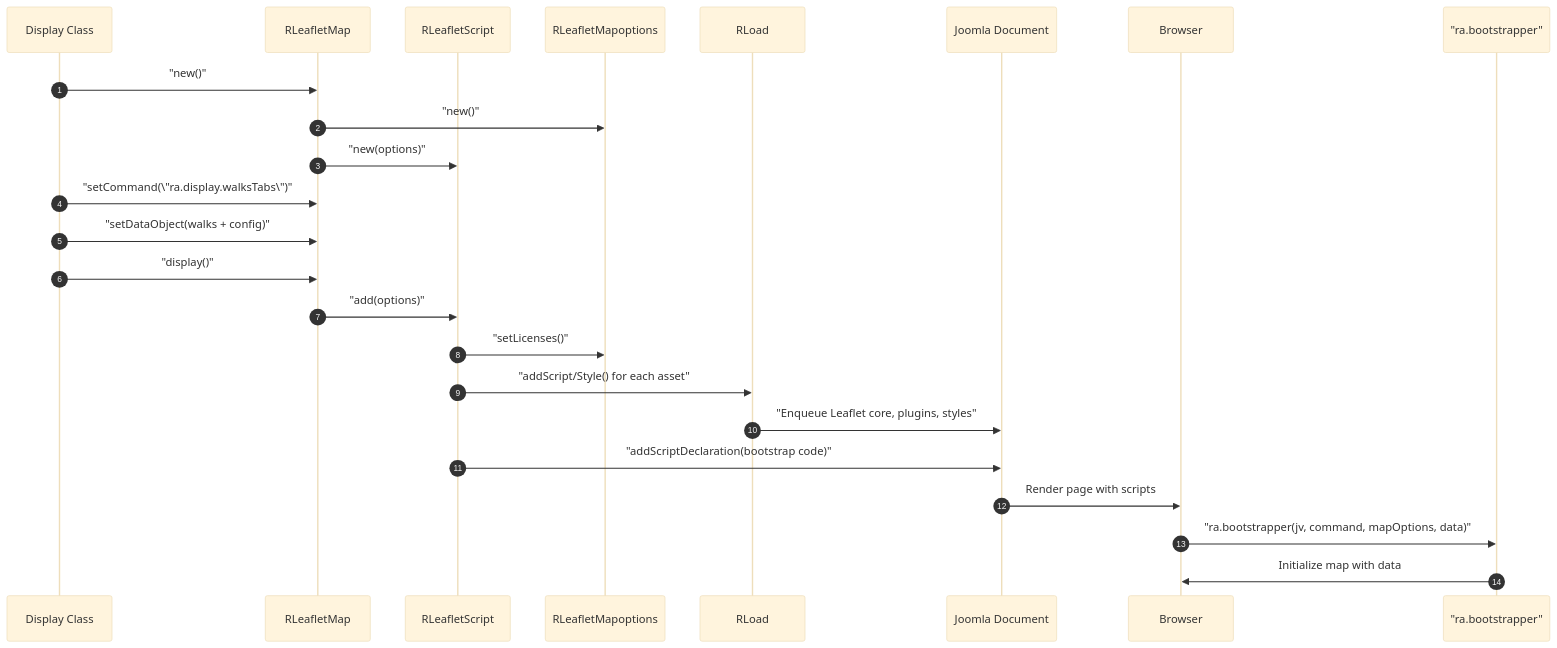
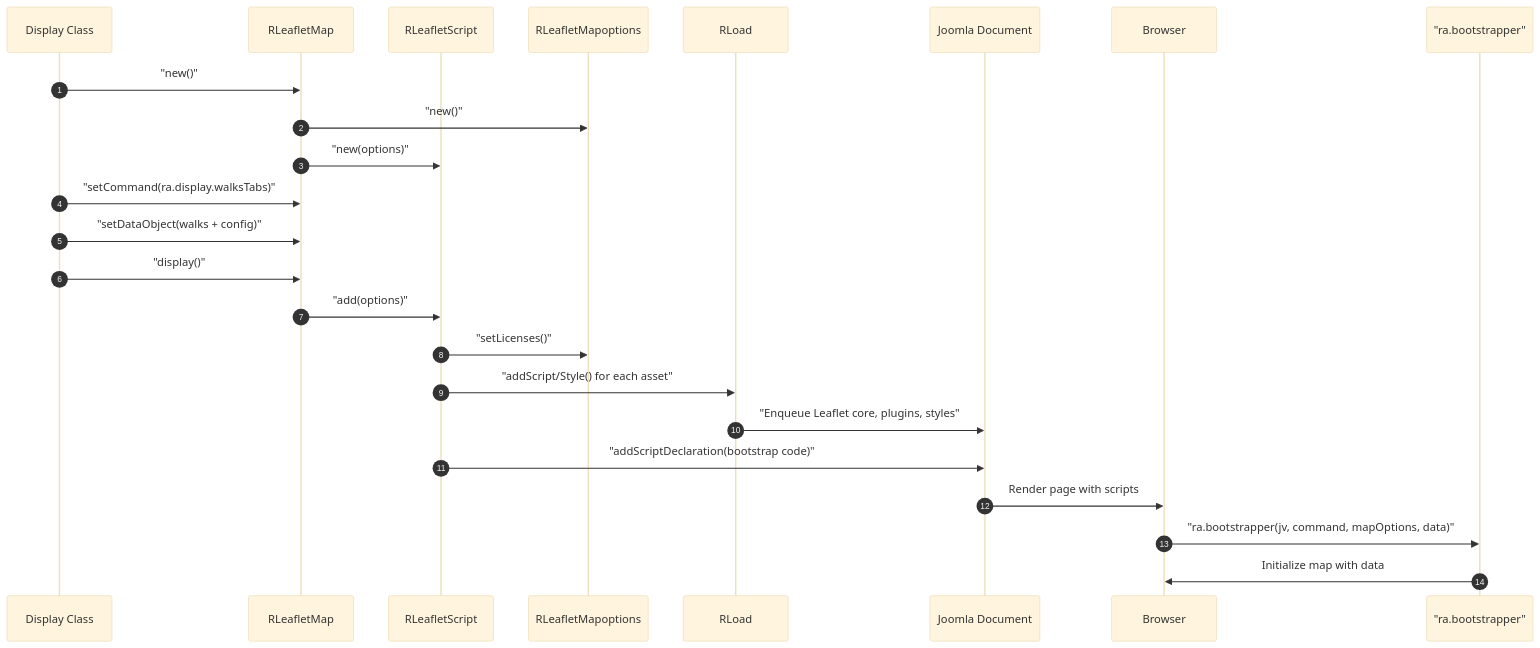
The second of 4 diagrams in leaflet/HLD.md (pauljrhodes/ramblers-library), drawn with Mermaid (base theme) before and after one commit. The commit also changed other lines of this file and 32 other files, not shown here.

Commit message:
Fix Mermaid diagrams for GitHub rendering

````diff
--- a/leaflet/HLD.md
+++ b/leaflet/HLD.md
@@ -221,27 +221,27 @@
 ```mermaid
 sequenceDiagram
     autonumber
     participant Display as Display Class
     participant Map as RLeafletMap
     participant Script as RLeafletScript
     participant Options as RLeafletMapoptions
     participant Load as RLoad
     participant Doc as Joomla Document
     participant Browser as Browser
     participant Bootstrap as "ra.bootstrapper"
 
     Display->>Map: "new()"
     Map->>Options: "new()"
     Map->>Script: "new(options)"
-    Display->>Map: "setCommand(\"ra.display.walksTabs\")"
+    Display->>Map: "setCommand(ra.display.walksTabs)"
     Display->>Map: "setDataObject(walks + config)"
     Display->>Map: "display()"
     Map->>Script: "add(options)"
     Script->>Options: "setLicenses()"
     Script->>Load: "addScript/Style() for each asset"
     Load->>Doc: "Enqueue Leaflet core, plugins, styles"
     Script->>Doc: "addScriptDeclaration(bootstrap code)"
     Doc->>Browser: Render page with scripts
     Browser->>Bootstrap: "ra.bootstrapper(jv, command, mapOptions, data)"
     Bootstrap->>Browser: Initialize map with data
 ```
````
